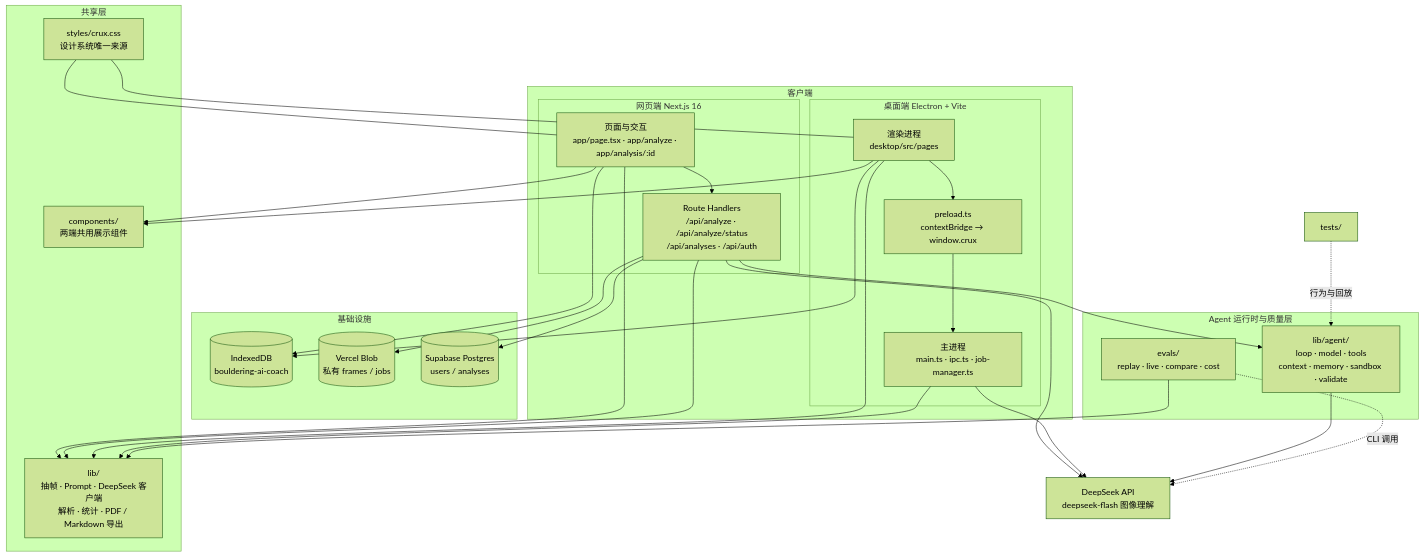
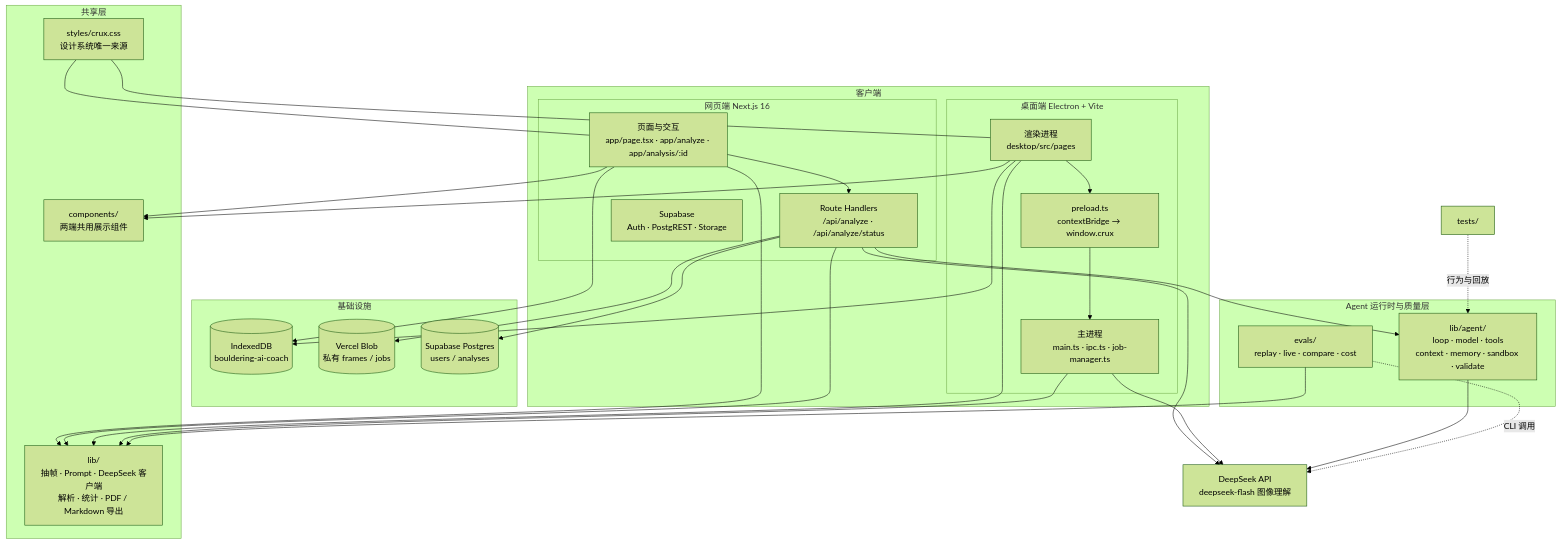
One commit to limeisha060331-creator/bouldering-ai-coach changed the first of 6 diagrams in PROJECT_ARCHITECTURE.md. Above: the diagram before and after it, drawn with Mermaid (forest theme). The commit also changed other lines of this file and 38 other files, not shown here.

Commit message:
feat(auth): migrate web app to Supabase Auth, RLS and Storage

````diff
--- a/PROJECT_ARCHITECTURE.md
+++ b/PROJECT_ARCHITECTURE.md
@@ -24,60 +29,61 @@
 ```mermaid
 flowchart TB
   subgraph Clients["客户端"]
     subgraph Web["网页端 Next.js 16"]
       WebUI["页面与交互<br/>app/page.tsx · app/analyze · app/analysis/:id"]
-      WebAPI["Route Handlers<br/>/api/analyze · /api/analyze/status<br/>/api/analyses · /api/auth"]
+      WebAPI["Route Handlers<br/>/api/analyze · /api/analyze/status"]
+      WebCloud["Supabase<br/>Auth · PostgREST · Storage"]
     end
 
     subgraph Desktop["桌面端 Electron + Vite"]
       DesktopUI["渲染进程<br/>desktop/src/pages"]
       Preload["preload.ts<br/>contextBridge → window.crux"]
       Main["主进程<br/>main.ts · ipc.ts · job-manager.ts"]
     end
   end
 
   subgraph Shared["共享层"]
     SharedUI["components/<br/>两端共用展示组件"]
     Domain["lib/<br/>抽帧 · Prompt · DeepSeek 客户端<br/>解析 · 统计 · PDF / Markdown 导出"]
     Design["styles/crux.css<br/>设计系统唯一来源"]
   end
 
   subgraph Infra["基础设施"]
     IDB[("IndexedDB<br/>bouldering-ai-coach")]
     Blob[("Vercel Blob<br/>私有 frames / jobs")]
     DB[("Supabase Postgres<br/>users / analyses")]
   end
 
   DS["DeepSeek API<br/>deepseek-flash 图像理解"]
 
   WebUI --> SharedUI
   WebUI --> Domain
   WebUI --> IDB
   WebUI --> WebAPI
   WebAPI --> Domain
   WebAPI --> Blob
   WebAPI --> DS
   WebAPI --> DB
 
   DesktopUI --> SharedUI
   DesktopUI --> Domain
   DesktopUI --> IDB
   DesktopUI --> Preload
   Preload --> Main
   Main --> Domain
   Main --> DS
 
   Design --- WebUI
   Design --- DesktopUI
 
   subgraph Quality["Agent 运行时与质量层"]
     Evals["evals/<br/>replay · live · compare · cost"]
     Agent["lib/agent/<br/>loop · model · tools<br/>context · memory · sandbox · validate"]
   end
 
   Evals --> Domain
   WebAPI --> Agent
   Agent --> DS
   Tests["tests/"] -.->|"行为与回放"| Agent
   Evals -.->|"CLI 调用"| DS
 ```
````
